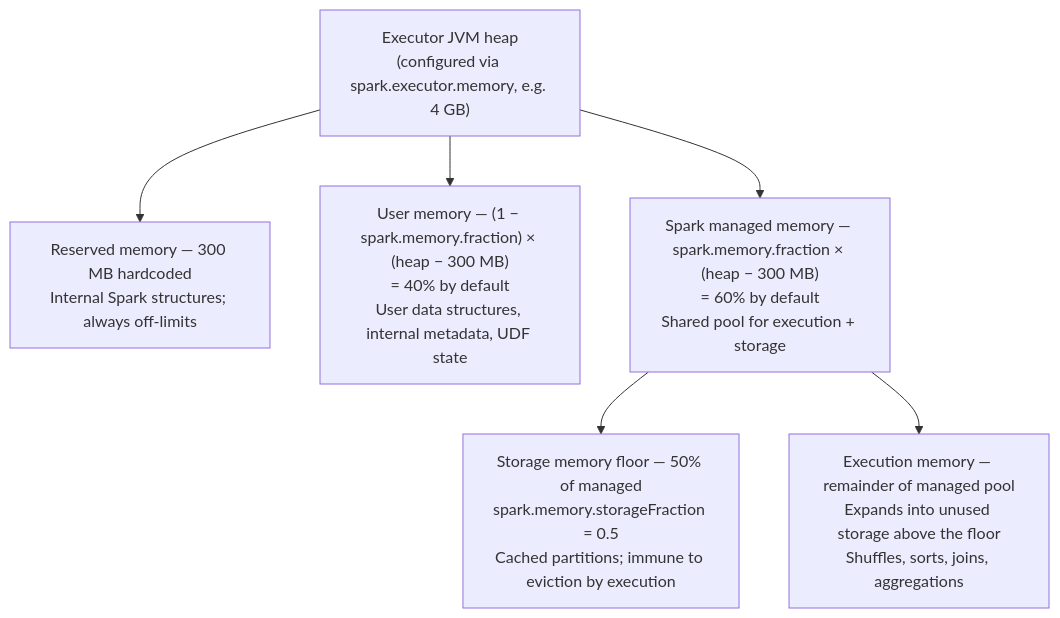
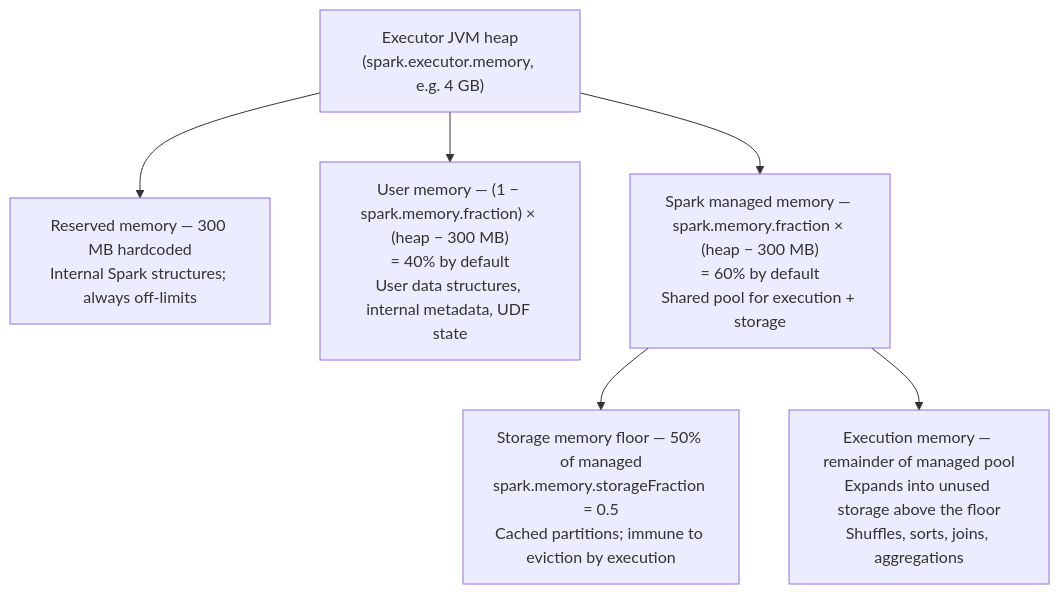
The fifth of 17 diagrams in docs/spark-book/ch02-spark-architecture.md (arindamchoudhury/spark-gyan), drawn with Mermaid before and after one commit. The commit also changed other lines of this file and 5 other files, not shown here.

````diff
--- a/docs/spark-book/ch02-spark-architecture.md
+++ b/docs/spark-book/ch02-spark-architecture.md
@@ -396,15 +530,15 @@
 ```mermaid
 flowchart TD
-    H["Executor JVM heap\n(configured via spark.executor.memory, e.g. 4 GB)"]
+    H["Executor JVM heap\n(spark.executor.memory, e.g. 4 GB)"]
     R["Reserved memory — 300 MB hardcoded\nInternal Spark structures; always off-limits"]
     U["User memory — (1 − spark.memory.fraction) × (heap − 300 MB)\n= 40% by default\nUser data structures, internal metadata, UDF state"]
     M["Spark managed memory — spark.memory.fraction × (heap − 300 MB)\n= 60% by default\nShared pool for execution + storage"]
     S["Storage memory floor — 50% of managed\nspark.memory.storageFraction = 0.5\nCached partitions; immune to eviction by execution"]
     E["Execution memory — remainder of managed pool\nExpands into unused storage above the floor\nShuffles, sorts, joins, aggregations"]
 
     H --> R
     H --> U
     H --> M
     M --> S
     M --> E
 ```
````
